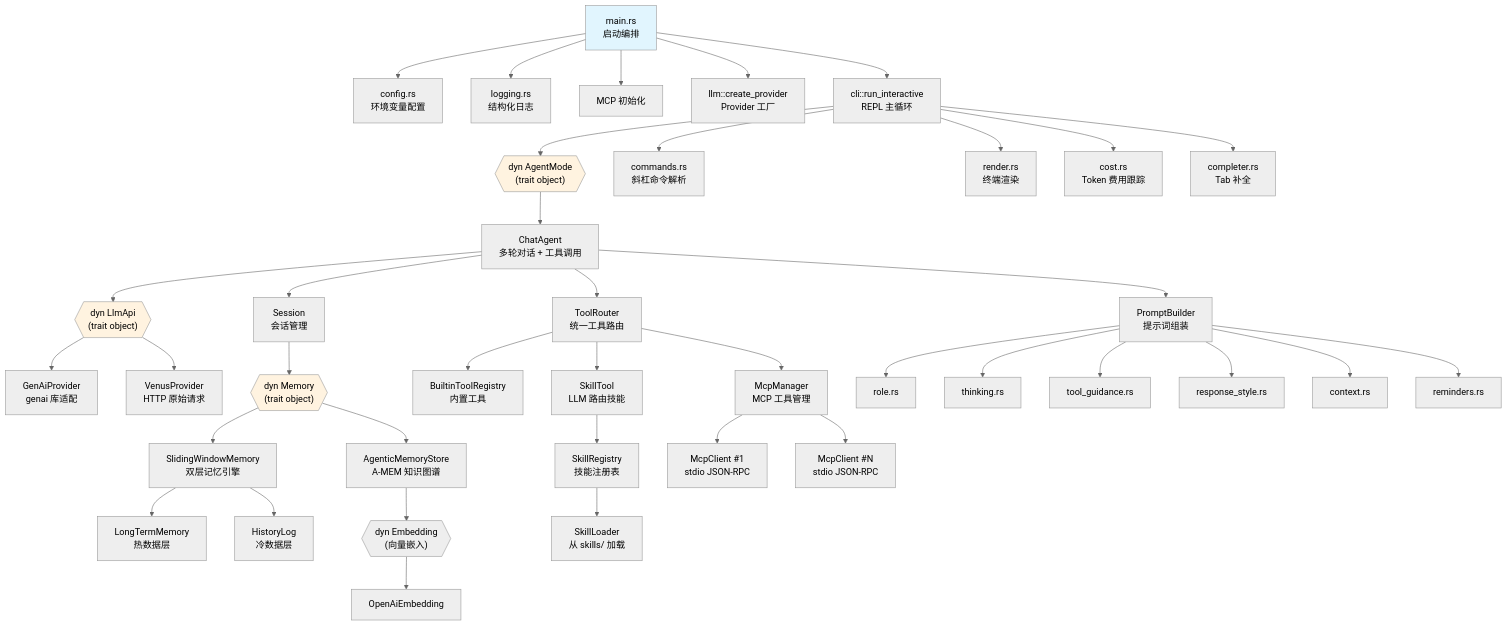
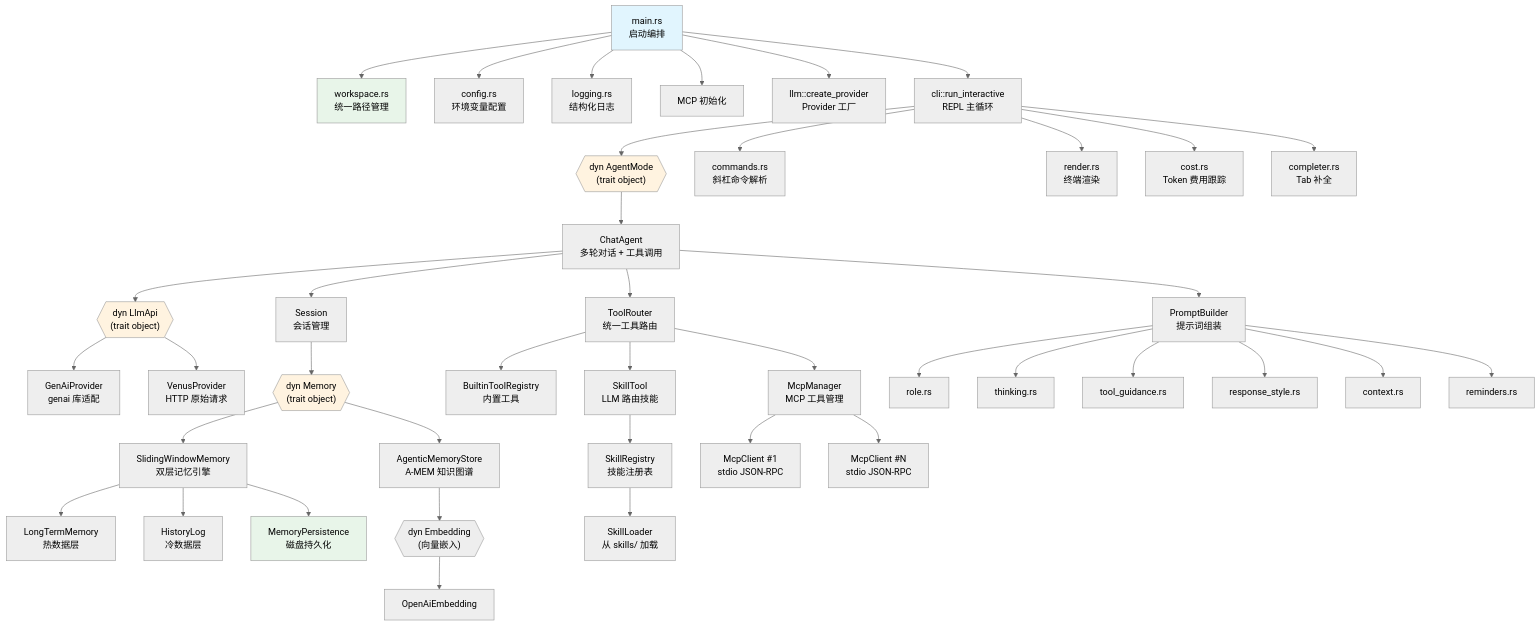
Before and after one commit to darkinsky/daedalus: the diagram in ARCHITECTURE.md, drawn with Mermaid (neutral theme). The commit also changed other lines of this file and 27 other files, not shown here.

````diff
--- a/ARCHITECTURE.md
+++ b/ARCHITECTURE.md
@@ -9,54 +9,58 @@
 ```mermaid
 graph TD
-    Main[main.rs<br/>启动编排] --> Config[config.rs<br/>环境变量配置]
+    Main[main.rs<br/>启动编排] --> Workspace[workspace.rs<br/>统一路径管理]
+    Main --> Config[config.rs<br/>环境变量配置]
     Main --> Logging[logging.rs<br/>结构化日志]
     Main --> McpInit[MCP 初始化]
     Main --> LlmFactory[llm::create_provider<br/>Provider 工厂]
     Main --> CLI[cli::run_interactive<br/>REPL 主循环]
 
     CLI --> AgentMode{{"dyn AgentMode<br/>(trait object)"}}
     CLI --> Commands[commands.rs<br/>斜杠命令解析]
     CLI --> Render[render.rs<br/>终端渲染]
     CLI --> Cost[cost.rs<br/>Token 费用跟踪]
     CLI --> Completer[completer.rs<br/>Tab 补全]
 
     AgentMode --> ChatAgent[ChatAgent<br/>多轮对话 + 工具调用]
     ChatAgent --> LlmApi{{"dyn LlmApi<br/>(trait object)"}}
     ChatAgent --> Session[Session<br/>会话管理]
     ChatAgent --> ToolRouter[ToolRouter<br/>统一工具路由]
     ChatAgent --> PromptBuilder[PromptBuilder<br/>提示词组装]
 
     ToolRouter --> BuiltinTools[BuiltinToolRegistry<br/>内置工具]
     ToolRouter --> SkillTool[SkillTool<br/>LLM 路由技能]
     ToolRouter --> McpManager[McpManager<br/>MCP 工具管理]
 
     SkillTool --> SkillRegistry[SkillRegistry<br/>技能注册表]
     SkillRegistry --> SkillLoader[SkillLoader<br/>从 skills/ 加载]
 
     LlmApi --> GenAi[GenAiProvider<br/>genai 库适配]
     LlmApi --> Venus[VenusProvider<br/>HTTP 原始请求]
 
     Session --> Memory{{"dyn Memory<br/>(trait object)"}}
     Memory --> SlidingWindow[SlidingWindowMemory<br/>双层记忆引擎]
     SlidingWindow --> LTM[LongTermMemory<br/>热数据层]
     SlidingWindow --> HistoryLog[HistoryLog<br/>冷数据层]
+    SlidingWindow --> Persistence[MemoryPersistence<br/>磁盘持久化]
 
     Memory --> AgenticMem[AgenticMemoryStore<br/>A-MEM 知识图谱]
     AgenticMem --> EmbeddingTrait{{"dyn Embedding<br/>(向量嵌入)"}}
     EmbeddingTrait --> OpenAiEmbed[OpenAiEmbedding]
 
     McpManager --> McpClient1[McpClient #1<br/>stdio JSON-RPC]
     McpManager --> McpClient2[McpClient #N<br/>stdio JSON-RPC]
 
     PromptBuilder --> RoleSection[role.rs]
     PromptBuilder --> ThinkingSection[thinking.rs]
     PromptBuilder --> ToolSection[tool_guidance.rs]
     PromptBuilder --> StyleSection[response_style.rs]
     PromptBuilder --> ContextSection[context.rs]
     PromptBuilder --> RemindersSection[reminders.rs]
 
     style Main fill:#e1f5fe
+    style Workspace fill:#e8f5e9
     style AgentMode fill:#fff3e0
     style LlmApi fill:#fff3e0
     style Memory fill:#fff3e0
+    style Persistence fill:#e8f5e9
 ```
````
